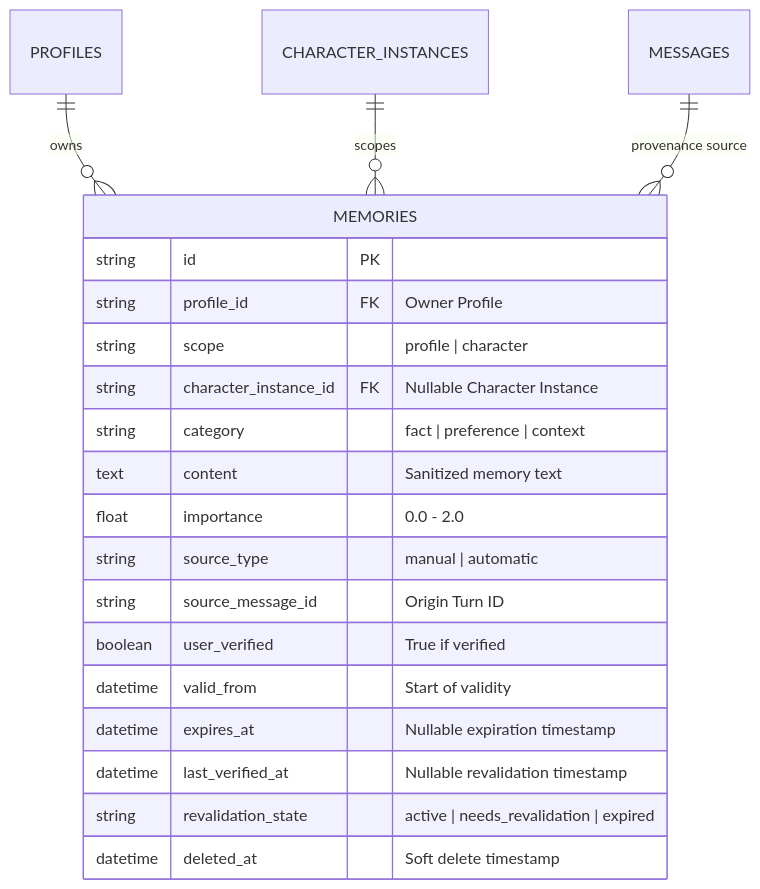
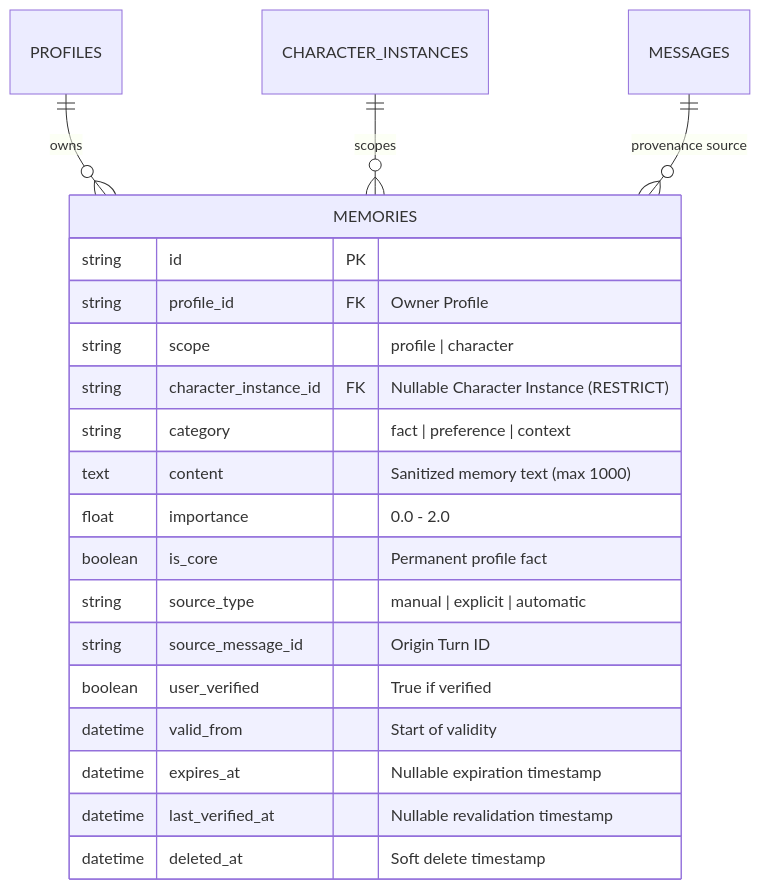
One commit to chrisniel/AI-companion-project changed the diagram in docs/02_Planning/01_Plans/plan-m3-memory-foundation-c1.md. Above: the diagram before and after it, drawn with Mermaid. The commit also changed other lines of this file and 1 other file, not shown here.

````diff
--- a/docs/02_Planning/01_Plans/plan-m3-memory-foundation-c1.md
+++ b/docs/02_Planning/01_Plans/plan-m3-memory-foundation-c1.md
@@ -89,24 +114,24 @@
 ```mermaid
 erDiagram
     PROFILES ||--o{ MEMORIES : owns
     CHARACTER_INSTANCES ||--o{ MEMORIES : scopes
     MESSAGES ||--o{ MEMORIES : "provenance source"
 
     MEMORIES {
         string id PK
         string profile_id FK "Owner Profile"
         string scope "profile | character"
-        string character_instance_id FK "Nullable Character Instance"
+        string character_instance_id FK "Nullable Character Instance (RESTRICT)"
         string category "fact | preference | context"
-        text content "Sanitized memory text"
+        text content "Sanitized memory text (max 1000)"
         float importance "0.0 - 2.0"
-        string source_type "manual | automatic"
+        boolean is_core "Permanent profile fact"
+        string source_type "manual | explicit | automatic"
         string source_message_id "Origin Turn ID"
         boolean user_verified "True if verified"
         datetime valid_from "Start of validity"
         datetime expires_at "Nullable expiration timestamp"
         datetime last_verified_at "Nullable revalidation timestamp"
-        string revalidation_state "active | needs_revalidation | expired"
         datetime deleted_at "Soft delete timestamp"
     }
 ```
````
